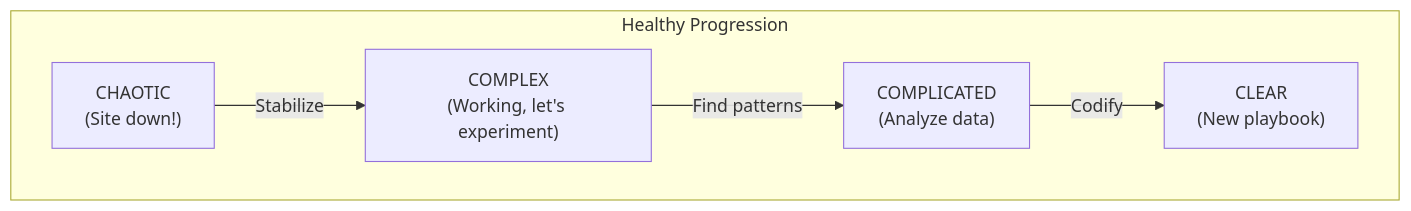
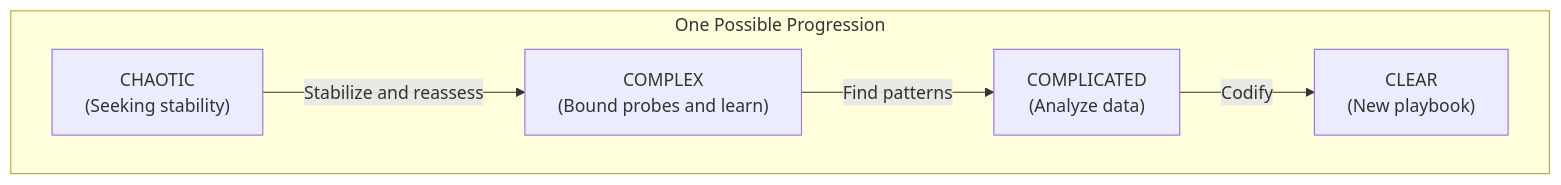
The third of 11 diagrams in src/content/docs/platform/foundations/systems-thinking/module-1.4-complexity-and-emergent-behavior.md (kube-dojo/kube-dojo), drawn with Mermaid before and after one commit. The commit also changed other lines of this file, not shown here.

Commit message:
fix(platform): bound Cynefin guidance and incident exercise (#2403) (#2410)

````diff
--- a/src/content/docs/platform/foundations/systems-thinking/module-1.4-complexity-and-emergent-behavior.md
+++ b/src/content/docs/platform/foundations/systems-thinking/module-1.4-complexity-and-emergent-behavior.md
@@ -216,9 +216,9 @@
 ```mermaid
 graph LR
-    subgraph Healthy Progression
+    subgraph One Possible Progression
         direction LR
-        H_Chaotic["CHAOTIC<br/>(Site down!)"] -->|Stabilize| H_Complex["COMPLEX<br/>(Working, let's experiment)"]
+        H_Chaotic["CHAOTIC<br/>(Seeking stability)"] -->|Stabilize and reassess| H_Complex["COMPLEX<br/>(Bound probes and learn)"]
         H_Complex -->|Find patterns| H_Complicated["COMPLICATED<br/>(Analyze data)"]
         H_Complicated -->|Codify| H_Clear["CLEAR<br/>(New playbook)"]
     end
 ```
````
